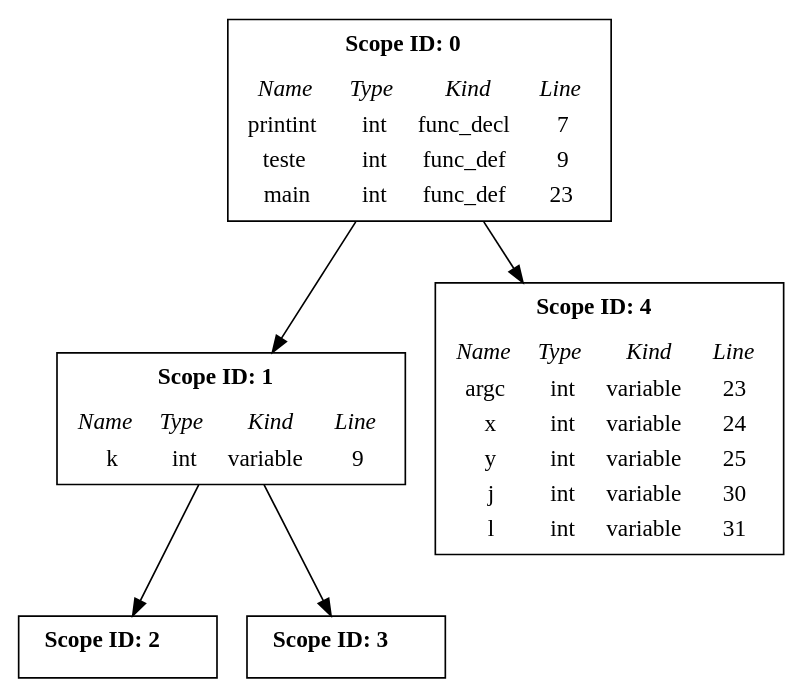
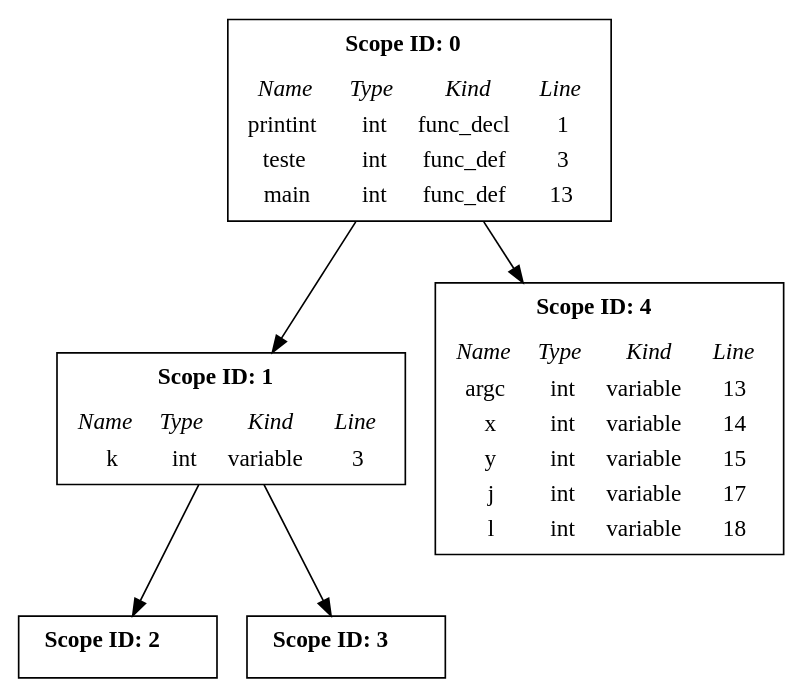
One commit to AlanVncs/compilador_1337 changed the diagram in table.dot. Above: the diagram before and after it, drawn with Graphviz. The commit also changed 14 other files, not shown here.

```diff
--- a/table.dot
+++ b/table.dot
@@ -1,109 +1,109 @@
 digraph {
 	graph [ordering="out"];
 	0[shape=record label=
 		<<table border="0">
 			<tr><td colspan="4"><b>Scope ID: 0</b></td></tr>
 			<tr><td></td></tr>
 			<tr>
 				<td><i>Name</i></td>
 				<td><i>Type</i></td>
 				<td><i>Kind</i></td>
 				<td><i>Line</i></td>
 			</tr>
 			<tr>
 				<td>printint</td>
 				<td>int</td>
 				<td>func_decl</td>
-				<td>7</td>
+				<td>1</td>
 			</tr>
 			<tr>
 				<td>teste</td>
 				<td>int</td>
 				<td>func_def</td>
-				<td>9</td>
+				<td>3</td>
 			</tr>
 			<tr>
 				<td>main</td>
 				<td>int</td>
 				<td>func_def</td>
-				<td>23</td>
+				<td>13</td>
 			</tr>
 		</table>>
 	];
 	1[shape=record label=
 		<<table border="0">
 			<tr><td colspan="4"><b>Scope ID: 1</b></td></tr>
 			<tr><td></td></tr>
 			<tr>
 				<td><i>Name</i></td>
 				<td><i>Type</i></td>
 				<td><i>Kind</i></td>
 				<td><i>Line</i></td>
 			</tr>
 			<tr>
 				<td>k</td>
 				<td>int</td>
 				<td>variable</td>
-				<td>9</td>
+				<td>3</td>
 			</tr>
 		</table>>
 	];
 	2[shape=record label=
 		<<table border="0">
 			<tr><td colspan="4"><b>Scope ID: 2</b></td></tr>
 			<tr><td></td></tr>
 		</table>>
 	];
 	1 -> 2
 	3[shape=record label=
 		<<table border="0">
 			<tr><td colspan="4"><b>Scope ID: 3</b></td></tr>
 			<tr><td></td></tr>
 		</table>>
 	];
 	1 -> 3
 	0 -> 1
 	4[shape=record label=
 		<<table border="0">
 			<tr><td colspan="4"><b>Scope ID: 4</b></td></tr>
 			<tr><td></td></tr>
 			<tr>
 				<td><i>Name</i></td>
 				<td><i>Type</i></td>
 				<td><i>Kind</i></td>
 				<td><i>Line</i></td>
 			</tr>
 			<tr>
 				<td>argc</td>
 				<td>int</td>
 				<td>variable</td>
-				<td>23</td>
+				<td>13</td>
 			</tr>
 			<tr>
 				<td>x</td>
 				<td>int</td>
 				<td>variable</td>
-				<td>24</td>
+				<td>14</td>
 			</tr>
 			<tr>
 				<td>y</td>
 				<td>int</td>
 				<td>variable</td>
-				<td>25</td>
+				<td>15</td>
 			</tr>
 			<tr>
 				<td>j</td>
 				<td>int</td>
 				<td>variable</td>
-				<td>30</td>
+				<td>17</td>
 			</tr>
 			<tr>
 				<td>l</td>
 				<td>int</td>
 				<td>variable</td>
-				<td>31</td>
+				<td>18</td>
 			</tr>
 		</table>>
 	];
 	0 -> 4
 }
```
